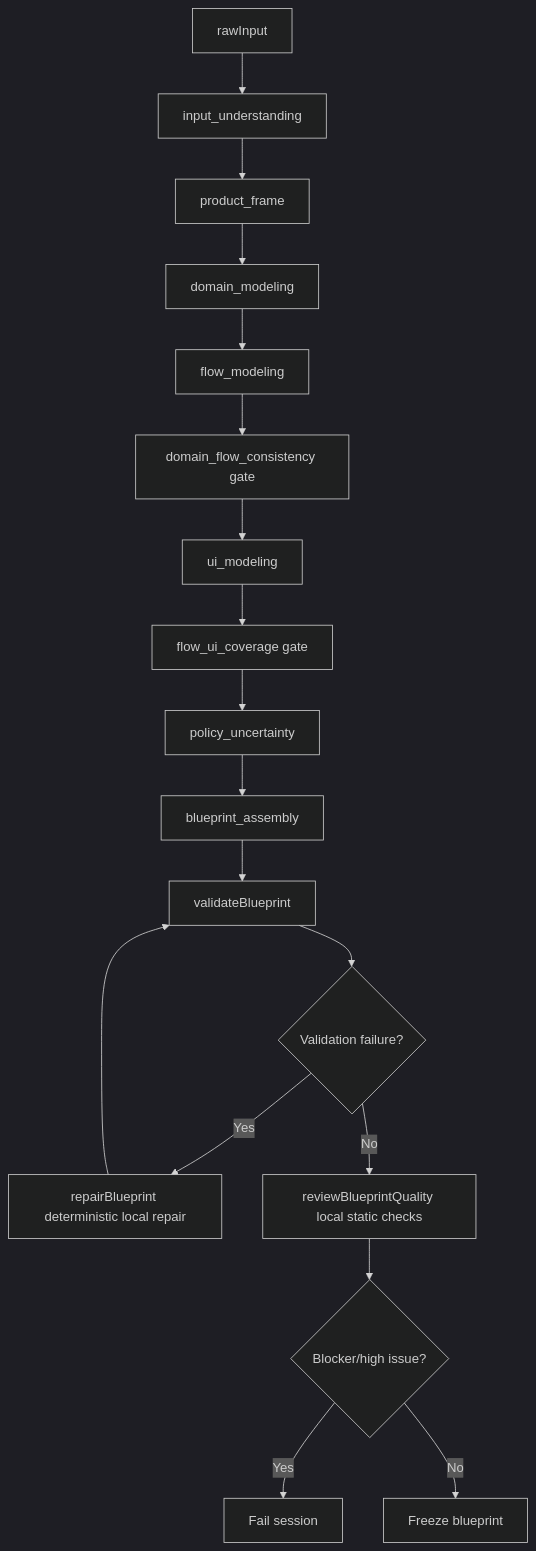
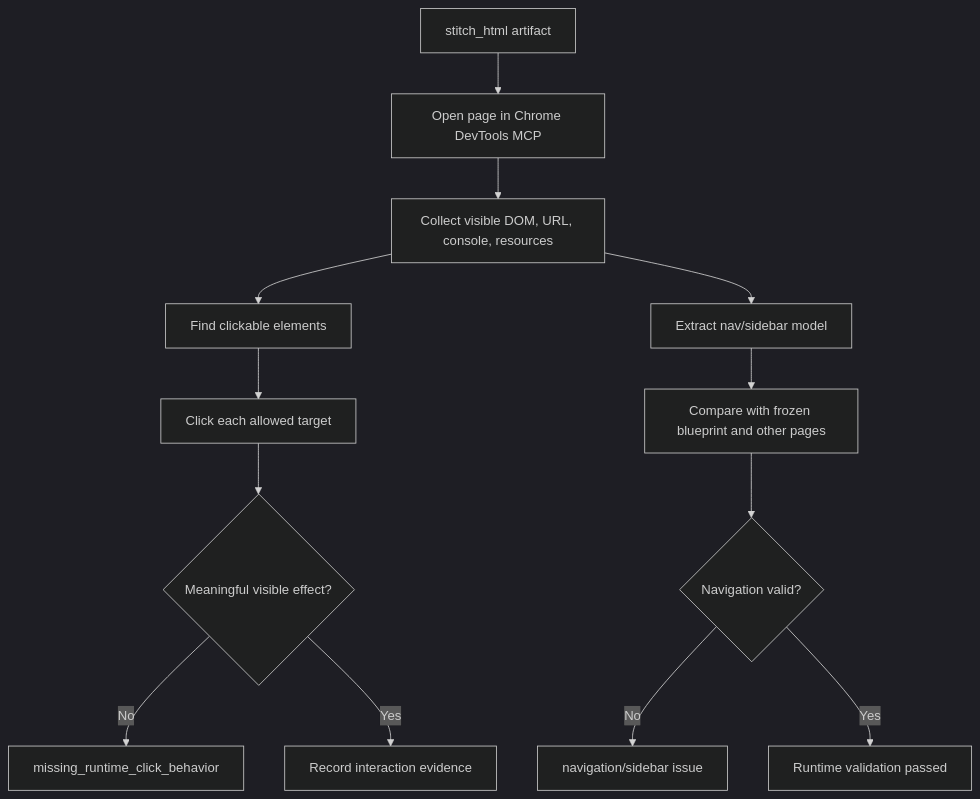
The second of 2 diagrams in docs/current-pipeline-mermaid.md (CharlieHasAHeart/stitch2react), drawn with Mermaid (dark theme) before and after one commit. The commit also changed other lines of this file and 7 other files, not shown here.

````diff
--- a/docs/current-pipeline-mermaid.md
+++ b/docs/current-pipeline-mermaid.md
@@ -50,20 +39,15 @@
 ```mermaid
 flowchart TD
-  A["rawInput"] --> B["input_understanding"]
-  B --> C["product_frame"]
-  C --> D["domain_modeling"]
-  D --> E["flow_modeling"]
-  E --> F["domain_flow_consistency gate"]
-  F --> G["ui_modeling"]
-  G --> H["flow_ui_coverage gate"]
-  H --> I["policy_uncertainty"]
-  I --> J["blueprint_assembly"]
-  J --> K["validateBlueprint"]
-  K --> L{"Validation failure?"}
-  L -->|Yes| M["repairBlueprint deterministic local repair"]
-  M --> K
-  L -->|No| N["reviewBlueprintQuality local static checks"]
-  N --> O{"Blocker/high issue?"}
-  O -->|Yes| Z["Fail session"]
-  O -->|No| P["Freeze blueprint"]
+  A["stitch_html artifact"] --> B["Open page in Chrome DevTools MCP"]
+  B --> C["Collect visible DOM, URL, console, resources"]
+  C --> D["Find clickable elements"]
+  D --> E["Click each allowed target"]
+  E --> F{"Meaningful visible effect?"}
+  F -->|No| G["missing_runtime_click_behavior"]
+  F -->|Yes| H["Record interaction evidence"]
+  C --> I["Extract nav/sidebar model"]
+  I --> J["Compare with frozen blueprint and other pages"]
+  J --> K{"Navigation valid?"}
+  K -->|No| L["navigation/sidebar issue"]
+  K -->|Yes| M["Runtime validation passed"]
 ```
````
